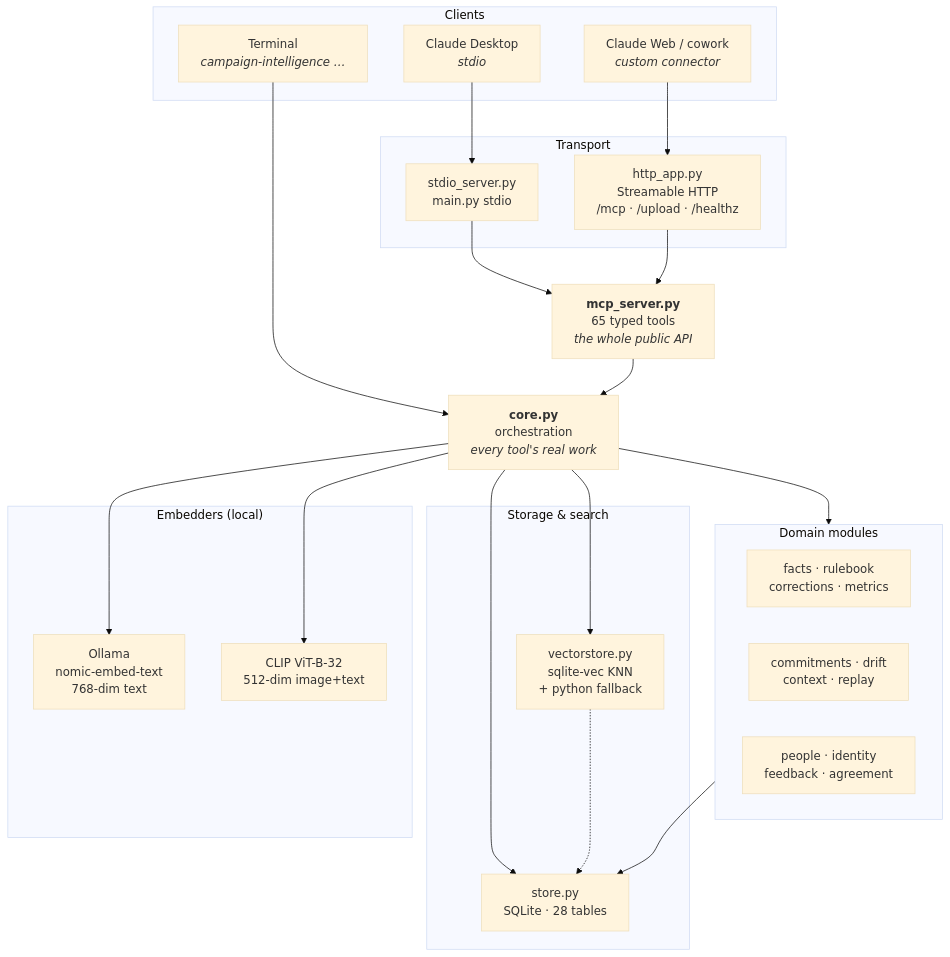
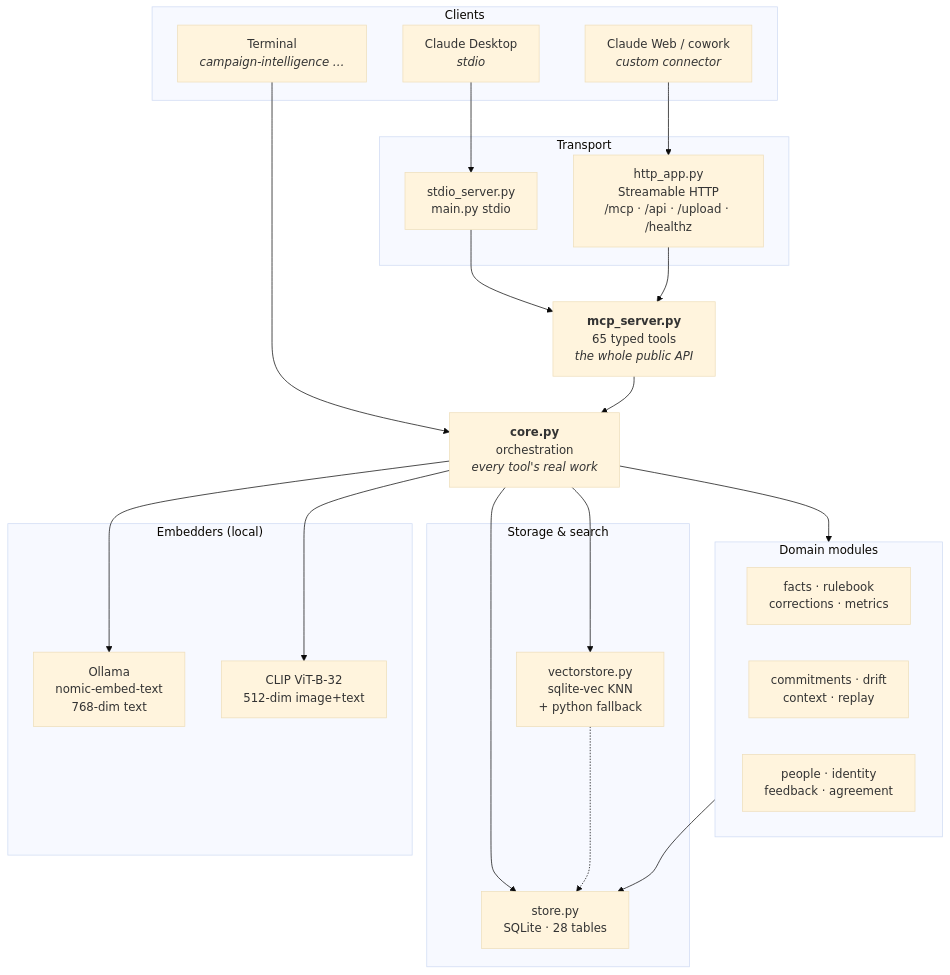
One commit to nilubhatt/campaign-poc changed the second of 10 diagrams in design.md. Above: the diagram before and after it, drawn with Mermaid (base theme). The commit also changed other lines of this file and 16 other files, not shown here.

````diff
--- a/design.md
+++ b/design.md
@@ -78,45 +78,45 @@
 ```mermaid
 flowchart TB
     subgraph clients["Clients"]
         CD["Claude Desktop<br/><i>stdio</i>"]
         CW["Claude Web / cowork<br/><i>custom connector</i>"]
         CLI["Terminal<br/><i>campaign-intelligence …</i>"]
     end
 
     subgraph transport["Transport"]
         STDIO["stdio_server.py<br/>main.py stdio"]
-        HTTP["http_app.py<br/>Streamable HTTP<br/>/mcp · /upload · /healthz"]
+        HTTP["http_app.py<br/>Streamable HTTP<br/>/mcp · /api · /upload · /healthz"]
     end
 
     MCP["<b>mcp_server.py</b><br/>65 typed tools<br/><i>the whole public API</i>"]
     CORE["<b>core.py</b><br/>orchestration<br/><i>every tool's real work</i>"]
 
     subgraph domain["Domain modules"]
         direction LR
         D1["facts · rulebook<br/>corrections · metrics"]
         D2["commitments · drift<br/>context · replay"]
         D3["people · identity<br/>feedback · agreement"]
     end
 
     subgraph storage["Storage & search"]
         STORE["store.py<br/>SQLite · 28 tables"]
         VEC["vectorstore.py<br/>sqlite-vec KNN<br/>+ python fallback"]
     end
 
     subgraph models["Embedders (local)"]
         OLL["Ollama<br/>nomic-embed-text<br/>768-dim text"]
         CLIP["CLIP ViT-B-32<br/>512-dim image+text"]
     end
 
     CD --> STDIO --> MCP
     CW --> HTTP --> MCP
     CLI --> CORE
     MCP --> CORE
     CORE --> domain
     CORE --> STORE
     CORE --> VEC
     domain --> STORE
     VEC -.-> STORE
     CORE --> OLL
     CORE --> CLIP
 ```
````
